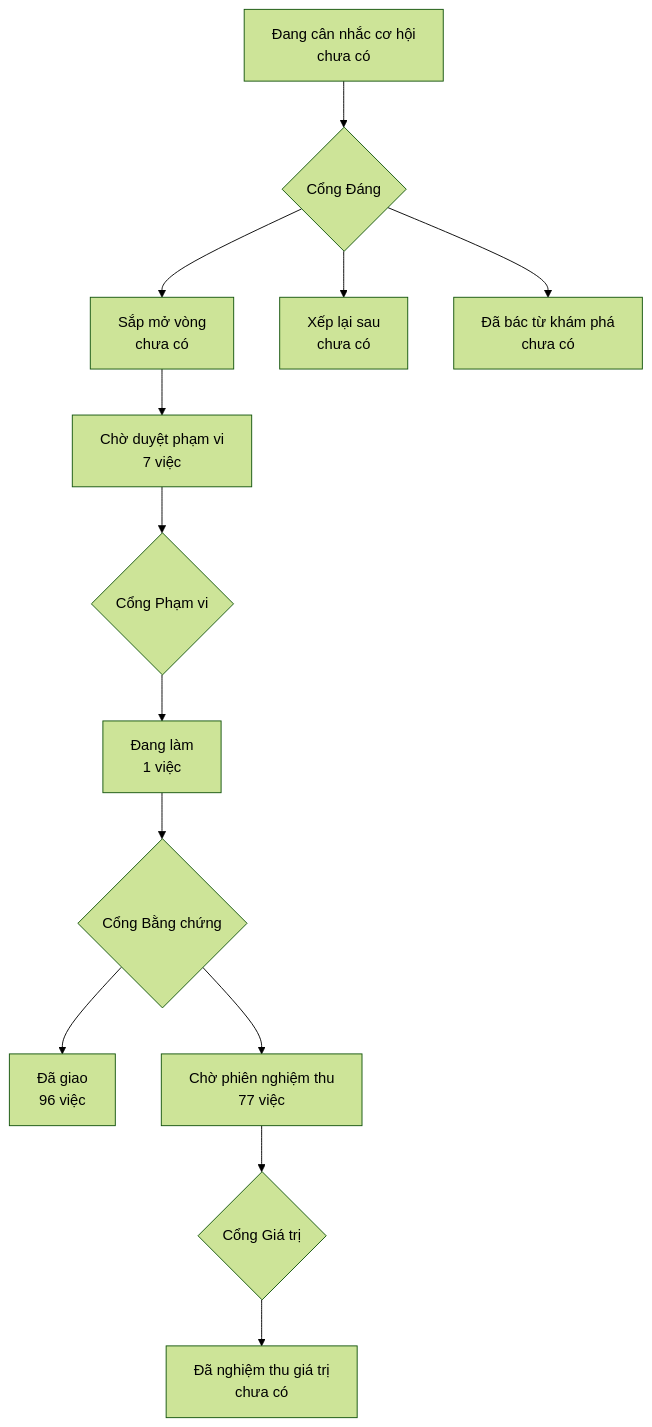
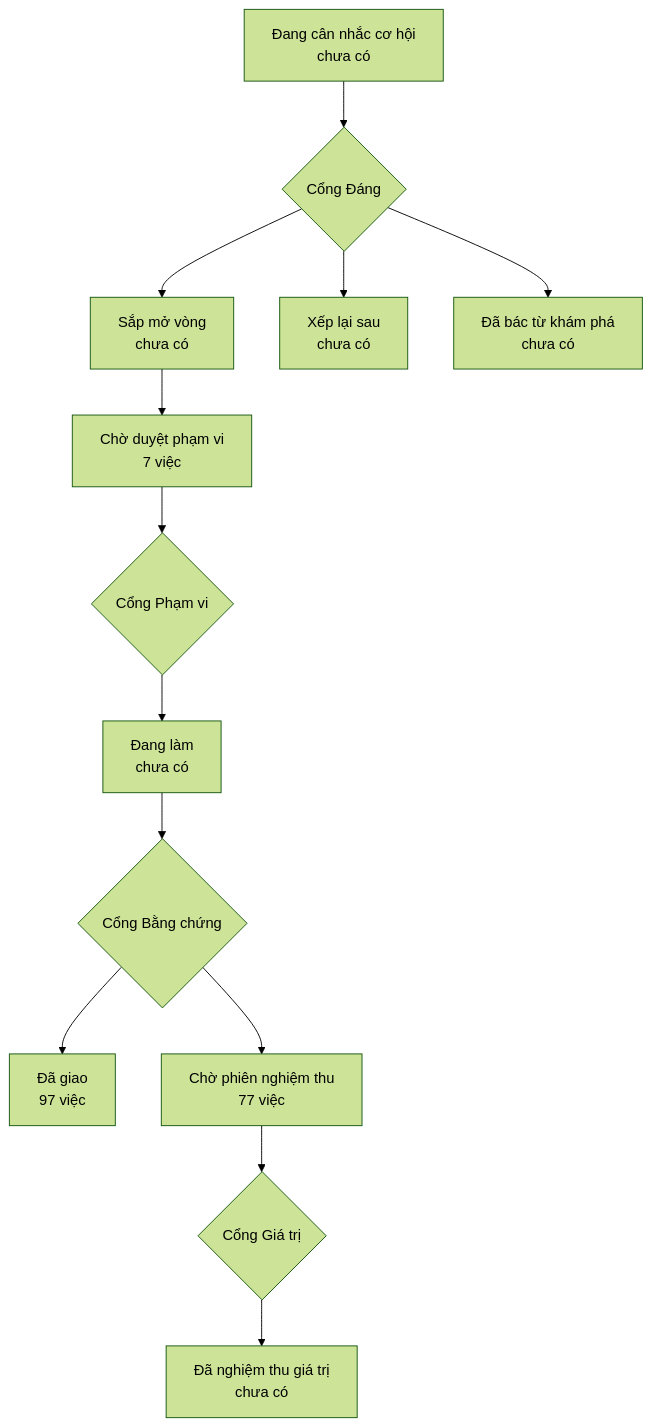
The diagram in PRODUCT-MAP.md (phanlemanh/onehub-invest), drawn with Mermaid (forest theme) before and after one commit. The commit also changed other lines of this file and 4 other files, not shown here.

````diff
--- a/PRODUCT-MAP.md
+++ b/PRODUCT-MAP.md
@@ -7,12 +7,12 @@
 ```mermaid
 flowchart TD
   A["Đang cân nhắc cơ hội<br/>chưa có"] --> GD{"Cổng Đáng"}
   GD --> B["Sắp mở vòng<br/>chưa có"]
   GD --> XL["Xếp lại sau<br/>chưa có"]
   GD --> DB["Đã bác từ khám phá<br/>chưa có"]
   B --> CD["Chờ duyệt phạm vi<br/>7 việc"] --> GP{"Cổng Phạm vi"}
-  GP --> DL["Đang làm<br/>1 việc"] --> GB{"Cổng Bằng chứng"}
-  GB --> DG["Đã giao<br/>96 việc"]
+  GP --> DL["Đang làm<br/>chưa có"] --> GB{"Cổng Bằng chứng"}
+  GB --> DG["Đã giao<br/>97 việc"]
   GB --> CN["Chờ phiên nghiệm thu<br/>77 việc"] --> GG{"Cổng Giá trị"}
   GG --> NT["Đã nghiệm thu giá trị<br/>chưa có"]
 ```
````
